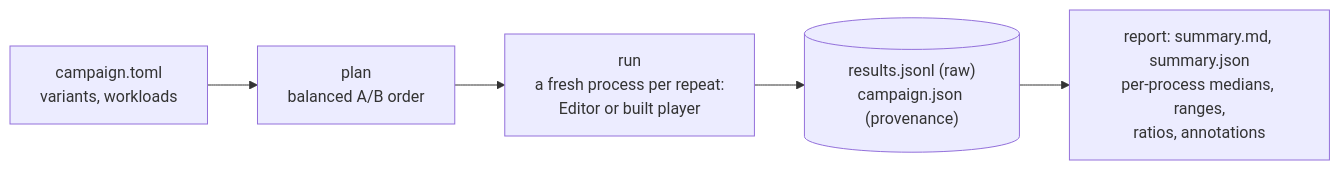
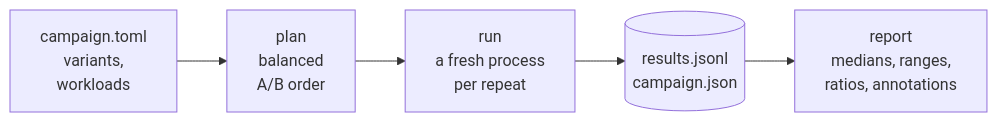
One commit to tesselworks/unity-bench changed the first of 2 diagrams in README.md. Above: the diagram before and after it, drawn with Mermaid. The commit also changed other lines of this file and 1 other file, not shown here.

Commit message:
docs: shorter Mermaid labels so GitHub does not wrap them

````diff
--- a/README.md
+++ b/README.md
@@ -12,7 +12,7 @@
 ```mermaid
 flowchart LR
-  C["campaign.toml<br/>variants, workloads"] --> P["plan<br/>balanced A/B order"]
-  P --> R["run<br/>a fresh process per repeat:<br/>Editor or built player"]
-  R --> D[("results.jsonl (raw)<br/>campaign.json (provenance)")]
-  D --> S["report: summary.md, summary.json<br/>per-process medians, ranges,<br/>ratios, annotations"]
+  C["campaign.toml<br/>variants,<br/>workloads"] --> P["plan<br/>balanced<br/>A/B order"]
+  P --> R["run<br/>a fresh process<br/>per repeat"]
+  R --> D[("results.jsonl<br/>campaign.json")]
+  D --> S["report<br/>medians, ranges,<br/>ratios, annotations"]
 ```
````
